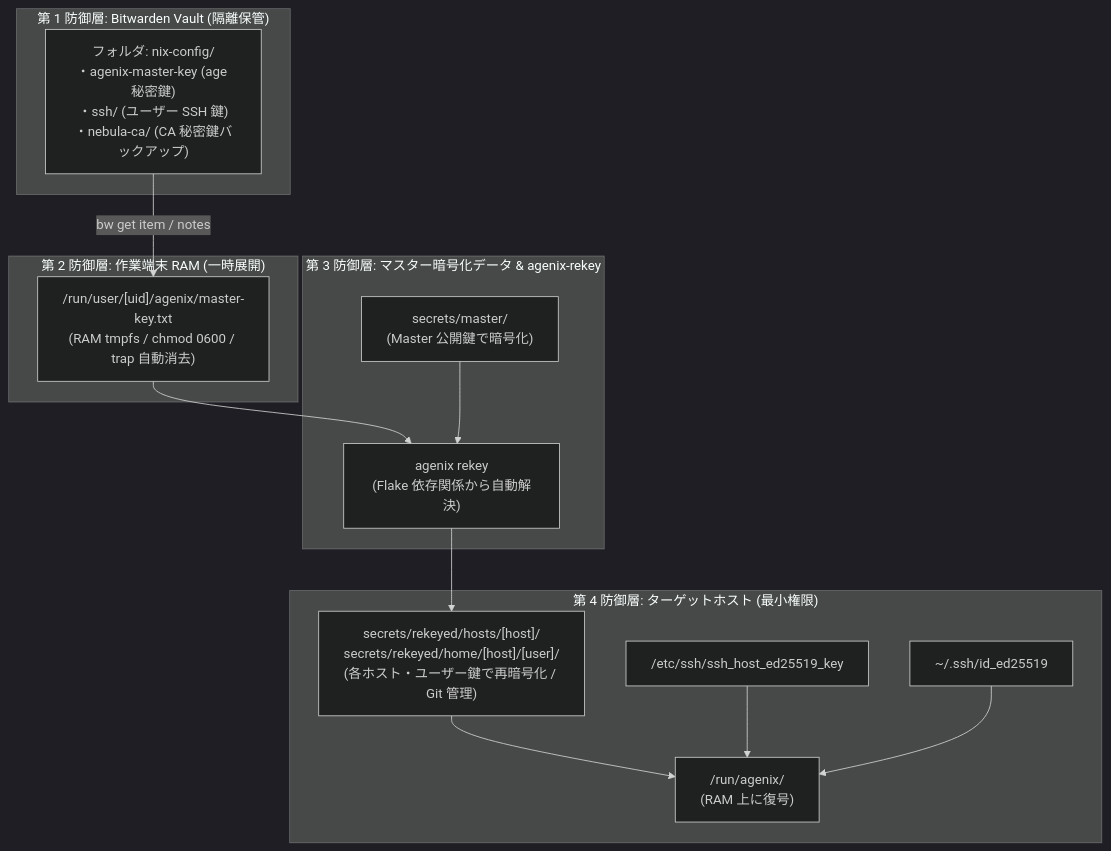
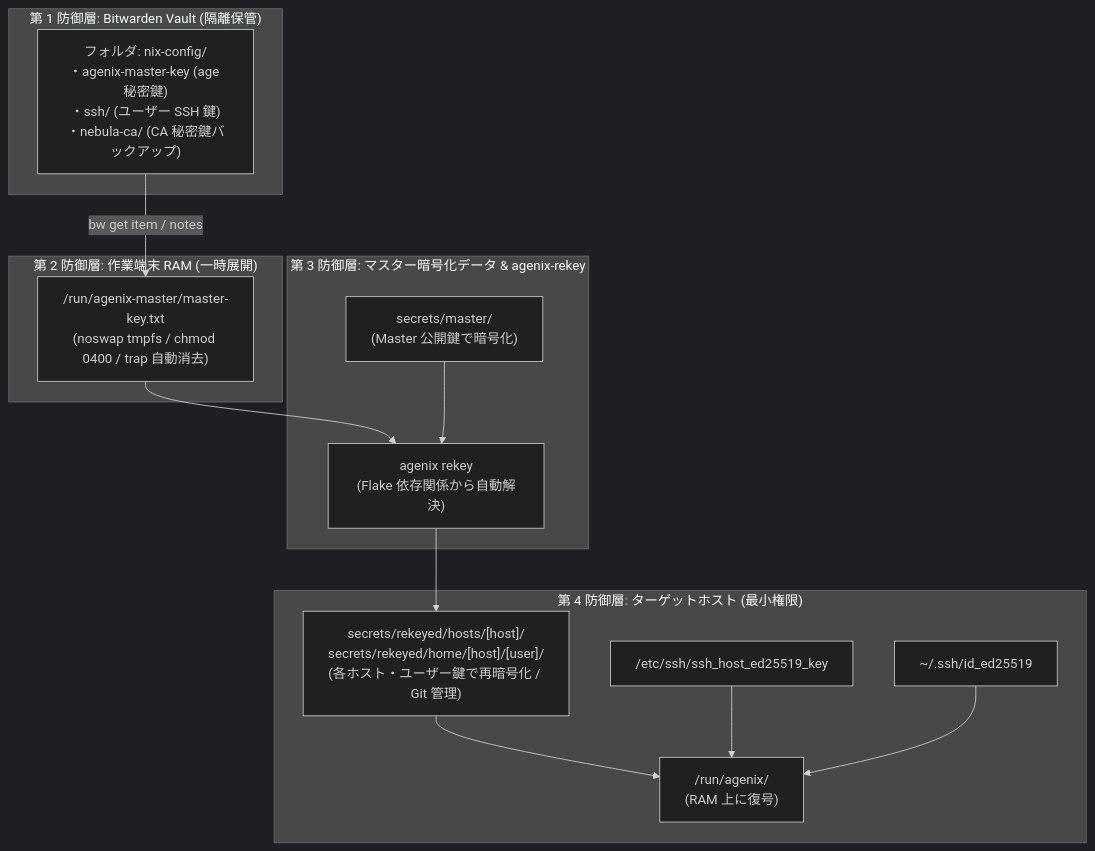
Before and after one commit to t3u-tsu/nix-config: the diagram in docs/operations/secret-management.md, drawn with Mermaid (dark theme). The commit also changed other lines of this file and 10 other files, not shown here.

Commit message:
feat(security): harden master identity with swap guard, noswap tmpfs, and signal traps

````diff
--- a/docs/operations/secret-management.md
+++ b/docs/operations/secret-management.md
@@ -9,29 +9,29 @@
 ```mermaid
 graph TD
     subgraph Layer1 ["第 1 防御層: Bitwarden Vault (隔離保管)"]
         BW["フォルダ: nix-config/<br>・agenix-master-key (age 秘密鍵)<br>・ssh/ (ユーザー SSH 鍵)<br>・nebula-ca/ (CA 秘密鍵バックアップ)"]
     end
 
     subgraph Layer2 ["第 2 防御層: 作業端末 RAM (一時展開)"]
-        Tmpfs["/run/user/[uid]/agenix/master-key.txt<br>(RAM tmpfs / chmod 0600 / trap 自動消去)"]
+        Tmpfs["/run/agenix-master/master-key.txt<br>(noswap tmpfs / chmod 0400 / trap 自動消去)"]
         BW -->|bw get item / notes| Tmpfs
     end
 
     subgraph Layer3 ["第 3 防御層: マスター暗号化データ & agenix-rekey"]
         MasterDir["secrets/master/<br>(Master 公開鍵で暗号化)"]
         Engine["agenix rekey<br>(Flake 依存関係から自動解決)"]
         Tmpfs --> Engine
         MasterDir --> Engine
     end
 
     subgraph Layer4 ["第 4 防御層: ターゲットホスト (最小権限)"]
         Rekeyed["secrets/rekeyed/hosts/[host]/<br>secrets/rekeyed/home/[host]/[user]/<br>(各ホスト・ユーザー鍵で再暗号化 / Git 管理)"]
         HostKey["/etc/ssh/ssh_host_ed25519_key"]
         UserKey["~/.ssh/id_ed25519"]
         SecretRun["/run/agenix/<br>(RAM 上に復号)"]
         Engine --> Rekeyed
         Rekeyed --> SecretRun
         HostKey --> SecretRun
         UserKey --> SecretRun
     end
 ```
````
